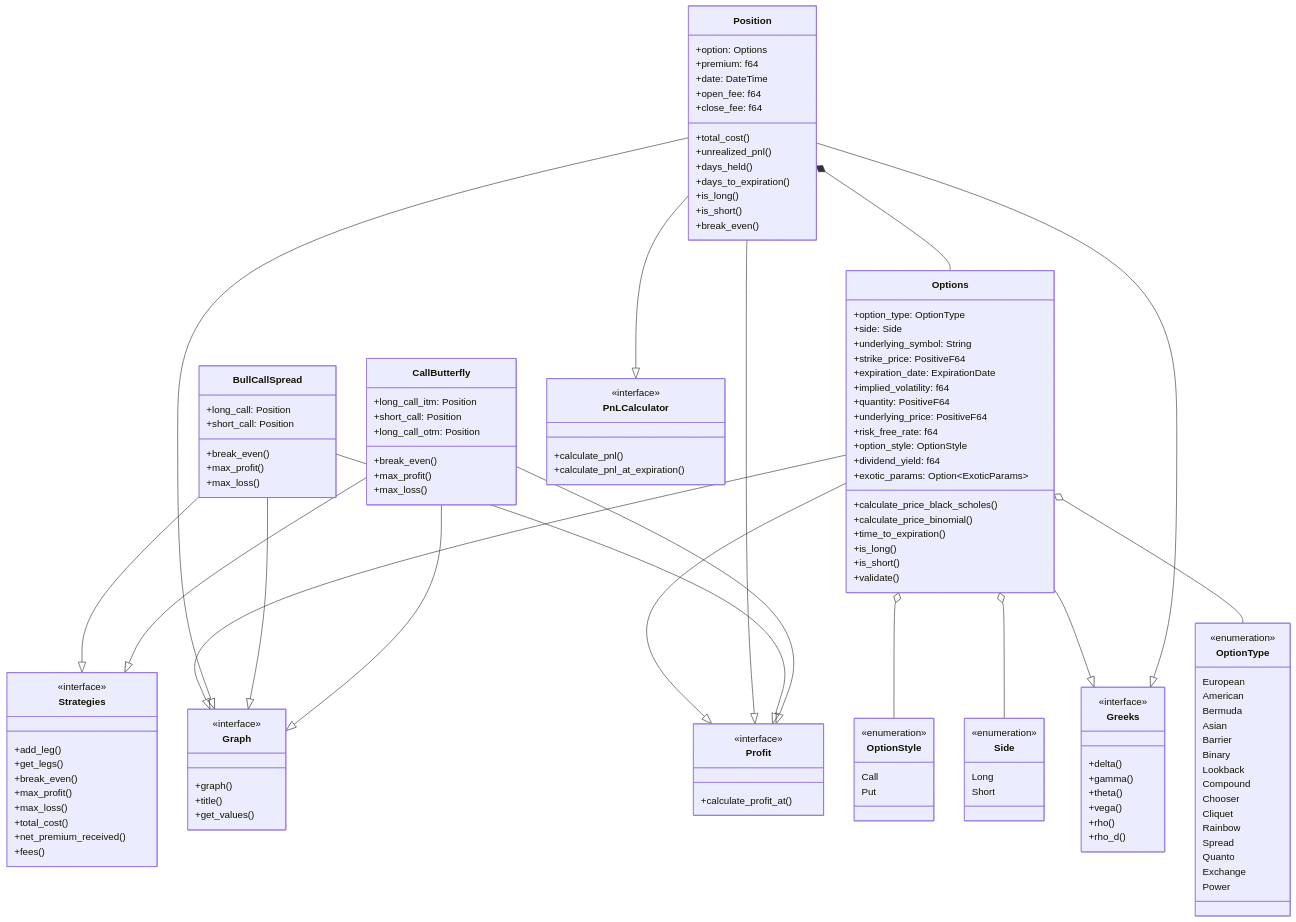
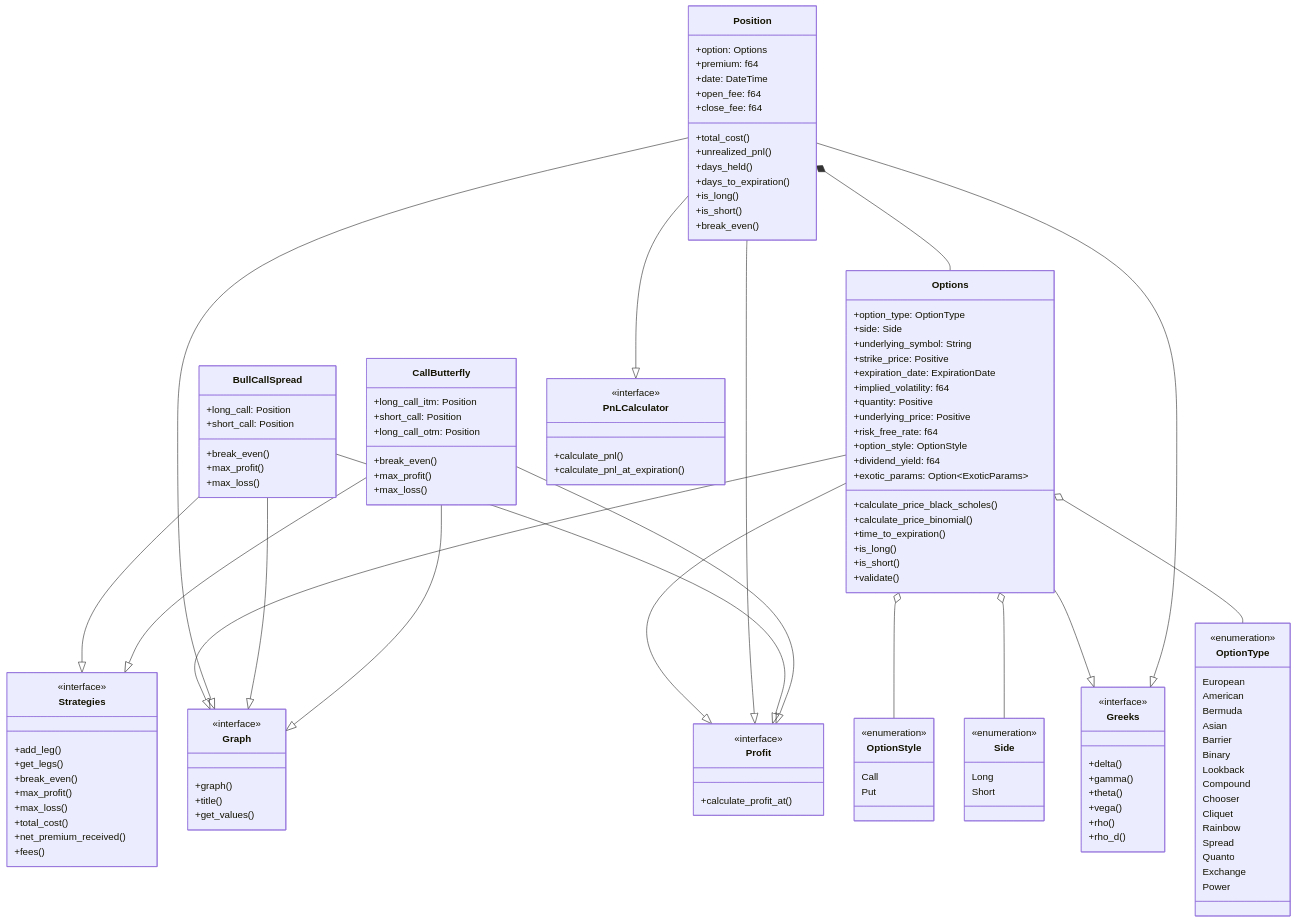
One commit to joaquinbejar/OptionStratLib changed the first of 3 diagrams in README.md. Above: the diagram before and after it, drawn with Mermaid. The commit also changed other lines of this file and 118 other files, not shown here.

```diff
--- a/README.md
+++ b/README.md
@@ -171,11 +171,11 @@
  +option_type: OptionType
  +side: Side
  +underlying_symbol: String
- +strike_price: PositiveF64
+ +strike_price: Positive
  +expiration_date: ExpirationDate
  +implied_volatility: f64
- +quantity: PositiveF64
- +underlying_price: PositiveF64
+ +quantity: Positive
+ +underlying_price: Positive
  +risk_free_rate: f64
  +option_style: OptionStyle
  +dividend_yield: f64
```
